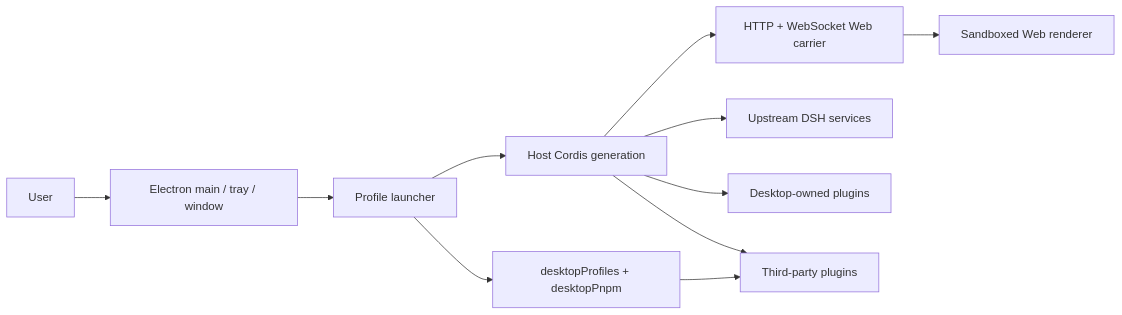
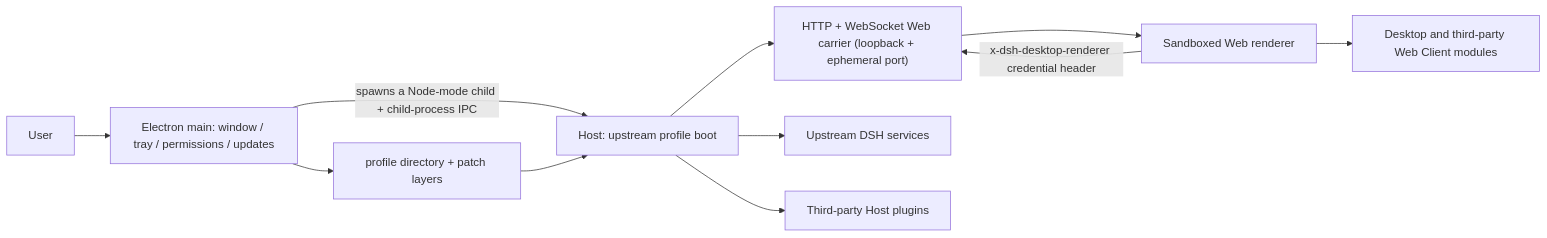
One commit to NoneadChina/Nonead-DSH-Desktop changed the diagram in docs/architecture.en.md. Above: the diagram before and after it, drawn with Mermaid. The commit also changed other lines of this file and 889 other files, not shown here.

````diff
--- a/docs/architecture.en.md
+++ b/docs/architecture.en.md
@@ -7,13 +12,13 @@
 ```mermaid
 flowchart LR
-  User[User] --> Native[Electron main / tray / window]
-  Native --> Launcher[Profile launcher]
-  Launcher --> Host[Host Cordis generation]
-  Host --> Carrier[HTTP + WebSocket Web carrier]
+  User[User] --> Shell[Electron main: window / tray / permissions / updates]
+  Shell -->|"spawns a Node-mode child + child-process IPC"| Host[Host: upstream profile boot]
+  Shell --> Profile["profile directory + patch layers"]
+  Profile --> Host
+  Host --> Carrier["HTTP + WebSocket Web carrier (loopback + ephemeral port)"]
   Carrier --> Renderer[Sandboxed Web renderer]
   Host --> Upstream[Upstream DSH services]
-  Host --> Desktop[Desktop-owned plugins]
-  Host --> ThirdParty[Third-party plugins]
-  Launcher --> Services[desktopProfiles + desktopPnpm]
-  Services --> ThirdParty
+  Host --> ThirdParty[Third-party Host plugins]
+  Renderer -->|"x-dsh-desktop-renderer credential header"| Carrier
+  Renderer --> ClientPlugins["Desktop and third-party Web Client modules"]
 ```
````
